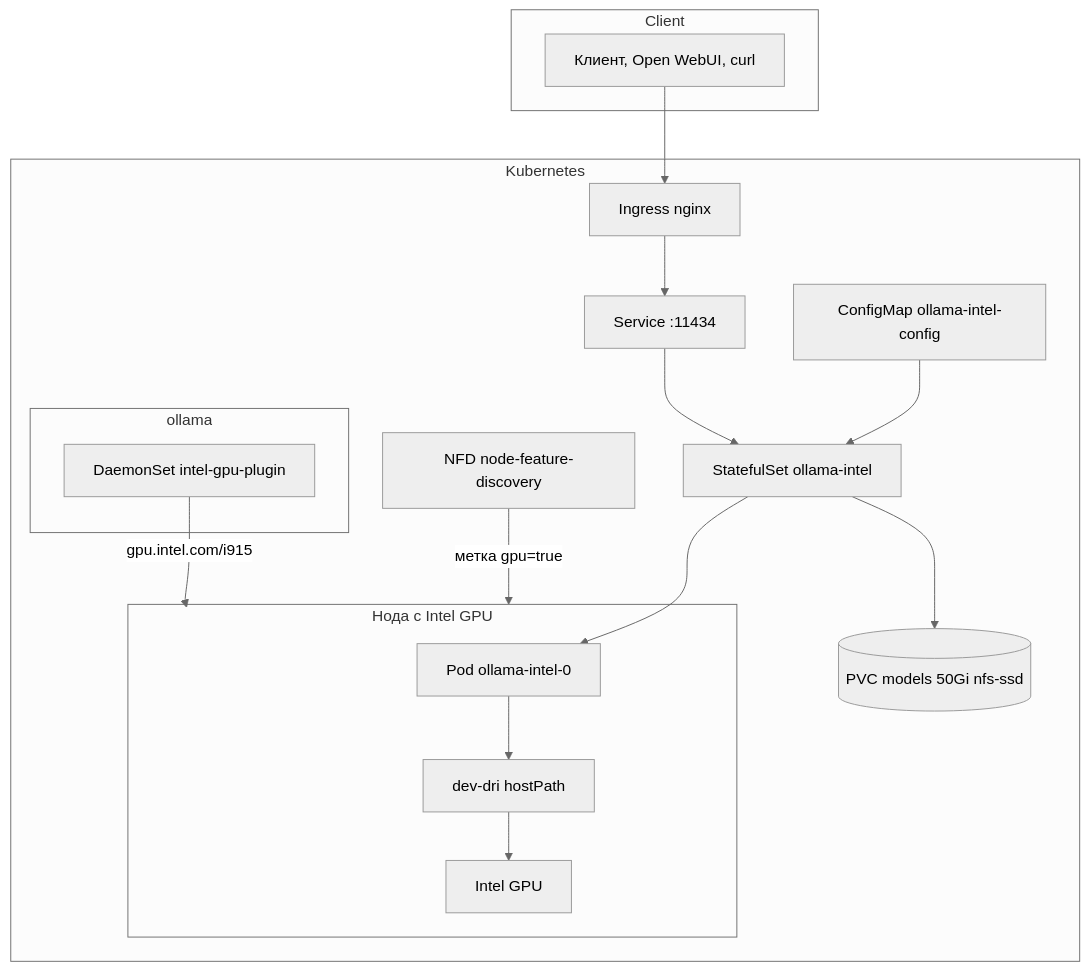
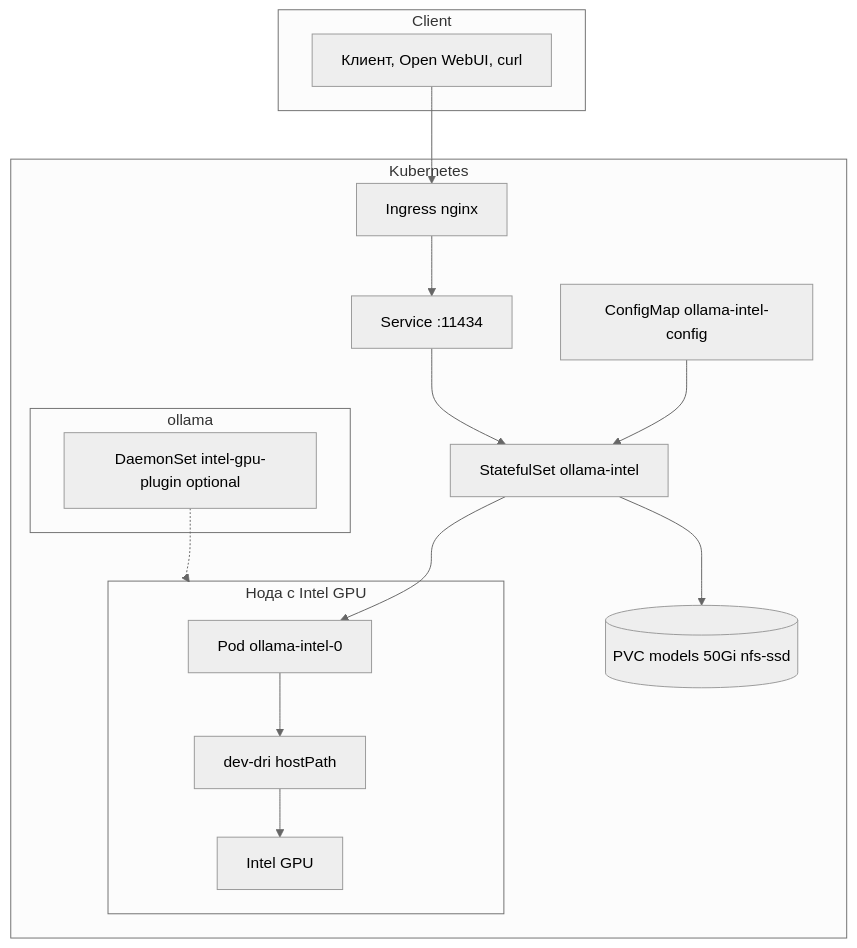
One commit to vutratenko/ollama-intel-k8s changed the diagram in README.md. Above: the diagram before and after it, drawn with Mermaid (neutral theme). The commit also changed other lines of this file and 7 other files, not shown here.

First line of the commit message:
Remove NFD; pin device plugin to TARGET_NODE only.

````diff
--- a/README.md
+++ b/README.md
@@ -31,33 +31,30 @@
 ```mermaid
 flowchart TB
     subgraph client ["Client"]
         U["Клиент, Open WebUI, curl"]
     end
 
     subgraph k8s ["Kubernetes"]
         ING["Ingress nginx"]
         SVC["Service :11434"]
         STS["StatefulSet ollama-intel"]
         PVC[("PVC models 50Gi nfs-ssd")]
         CM["ConfigMap ollama-intel-config"]
 
         subgraph gpu_node ["Нода с Intel GPU"]
             POD["Pod ollama-intel-0"]
             DRI["dev-dri hostPath"]
             GPU["Intel GPU"]
         end
 
         subgraph ollama_ns ["ollama"]
-            PLUGIN["DaemonSet intel-gpu-plugin"]
+            PLUGIN["DaemonSet intel-gpu-plugin optional"]
         end
-
-        NFD["NFD node-feature-discovery"]
     end
 
     U --> ING --> SVC --> STS --> POD
     STS --> PVC
     CM --> STS
-    NFD -->|"метка gpu=true"| gpu_node
-    PLUGIN -->|"gpu.intel.com/i915"| gpu_node
+    PLUGIN -.-> gpu_node
     POD --> DRI --> GPU
 ```
````
